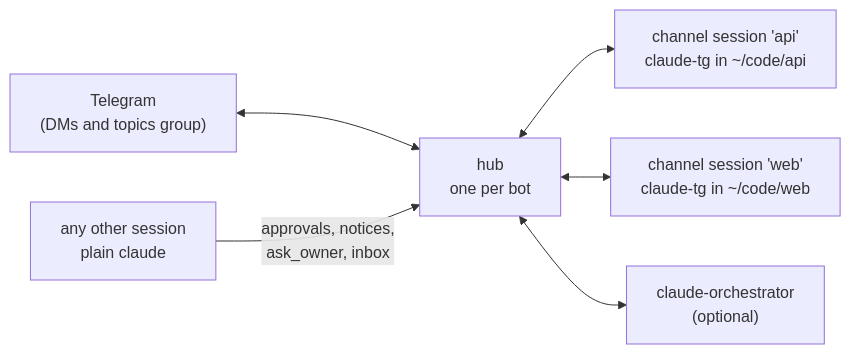
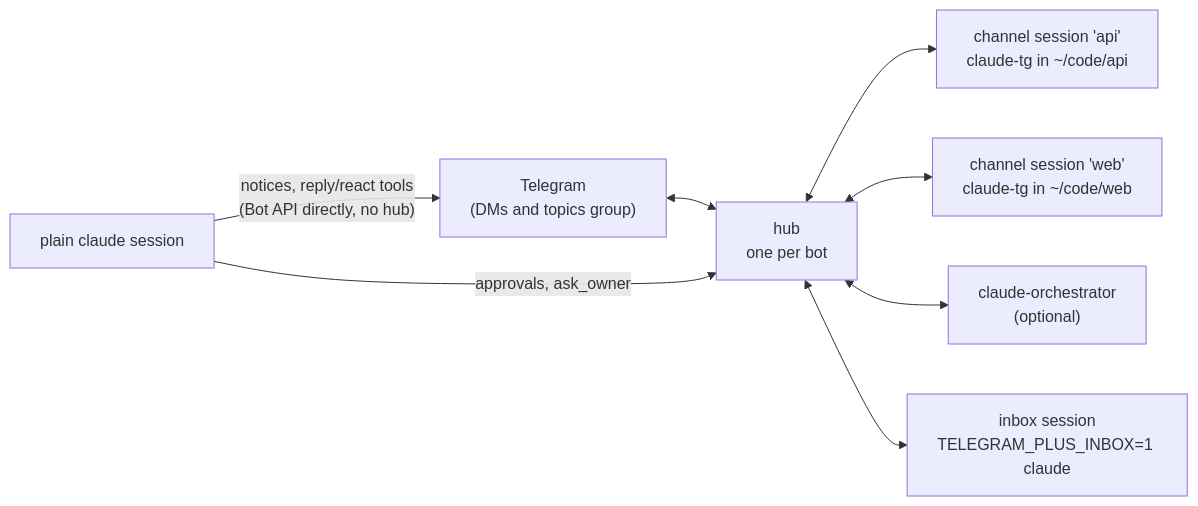
Before and after one commit to kusumachan/claude-telegram-plugin: the first of 2 diagrams in README.md, drawn with Mermaid. The commit also changed other lines of this file and 1 other file, not shown here.

Commit message:
Docs: say which sessions start the hub; fix the architecture diagram

````diff
--- a/README.md
+++ b/README.md
@@ -149,8 +149,10 @@
 ```mermaid
 flowchart LR
     TG["Telegram<br/>(DMs and topics group)"] <--> HUB["hub<br/>one per bot"]
     HUB <--> API["channel session 'api'<br/>claude-tg in ~/code/api"]
     HUB <--> WEB["channel session 'web'<br/>claude-tg in ~/code/web"]
     HUB <--> ORC["claude-orchestrator<br/>(optional)"]
-    OTHER["any other session<br/>plain claude"] -- "approvals, notices,<br/>ask_owner, inbox" --> HUB
+    HUB <--> INB["inbox session<br/>TELEGRAM_PLUS_INBOX=1 claude"]
+    OTHER["plain claude session"] -- "approvals, ask_owner" --> HUB
+    OTHER -- "notices, reply/react tools<br/>(Bot API directly, no hub)" --> TG
 ```
````
